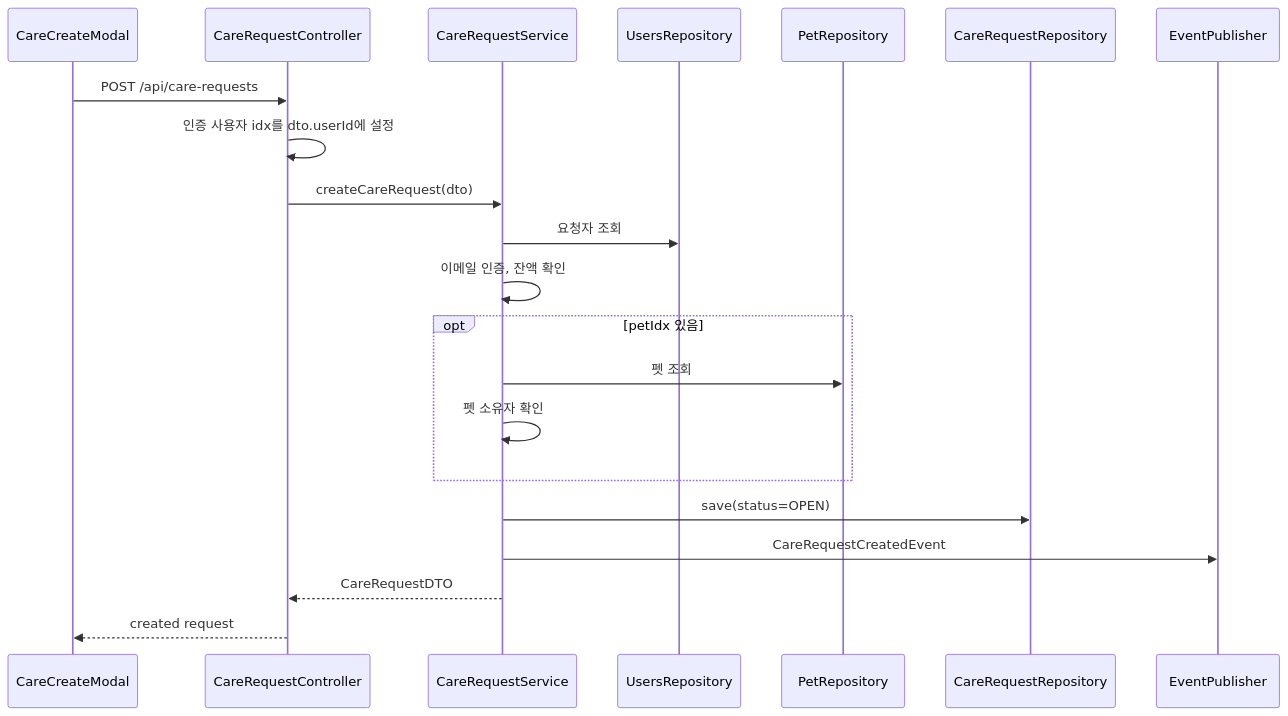
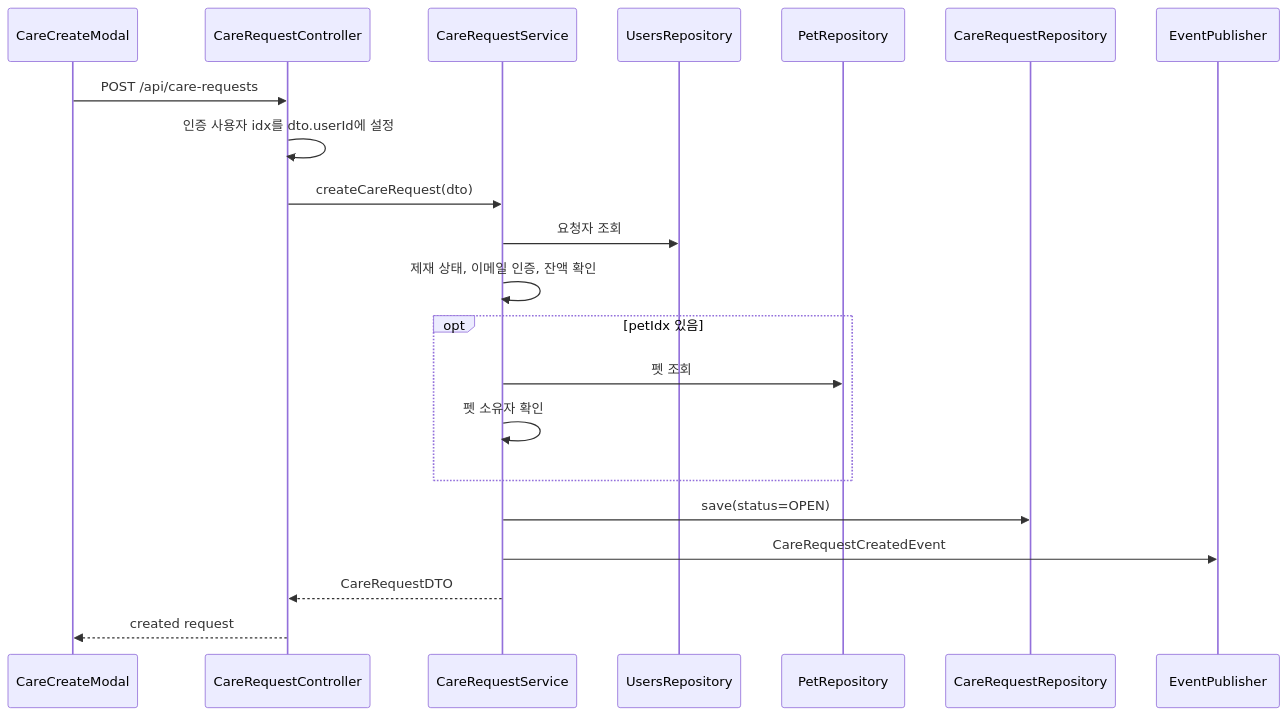
The second of 6 diagrams in docs/architecture/care/펫 케어 & 매칭 아키텍처.md (makkong1/Petory), drawn with Mermaid before and after one commit. The commit also changed other lines of this file and 31 other files, not shown here.

````diff
--- a/docs/architecture/care/펫 케어 & 매칭 아키텍처.md
+++ b/docs/architecture/care/펫 케어 & 매칭 아키텍처.md
@@ -154,24 +154,24 @@
 ```mermaid
 sequenceDiagram
     participant FE as CareCreateModal
     participant API as CareRequestController
     participant S as CareRequestService
     participant U as UsersRepository
     participant P as PetRepository
     participant R as CareRequestRepository
     participant E as EventPublisher
 
     FE->>API: POST /api/care-requests
     API->>API: 인증 사용자 idx를 dto.userId에 설정
     API->>S: createCareRequest(dto)
     S->>U: 요청자 조회
-    S->>S: 이메일 인증, 잔액 확인
+    S->>S: 제재 상태, 이메일 인증, 잔액 확인
     opt petIdx 있음
         S->>P: 펫 조회
         S->>S: 펫 소유자 확인
     end
     S->>R: save(status=OPEN)
     S->>E: CareRequestCreatedEvent
     S-->>API: CareRequestDTO
     API-->>FE: created request
 ```
````
